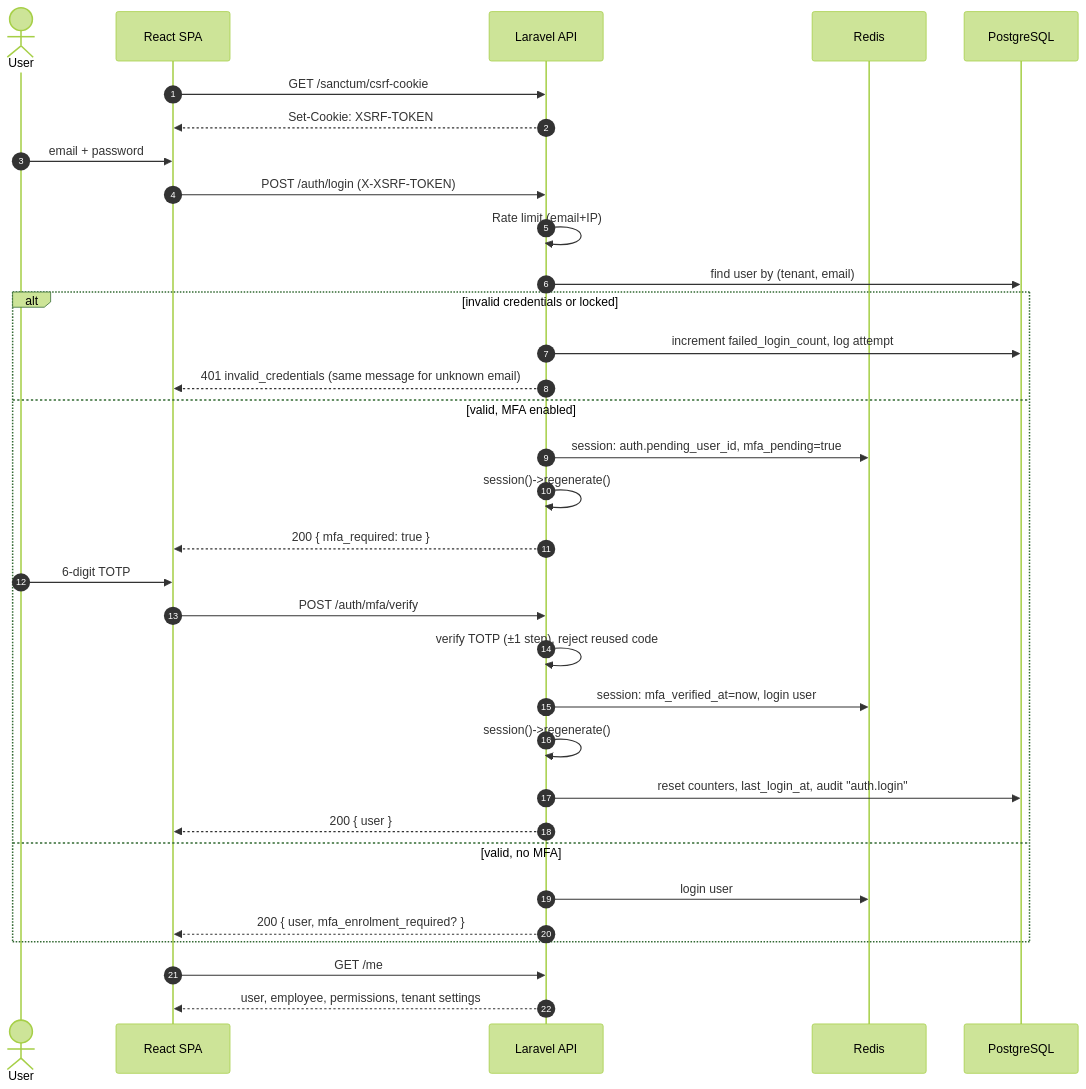
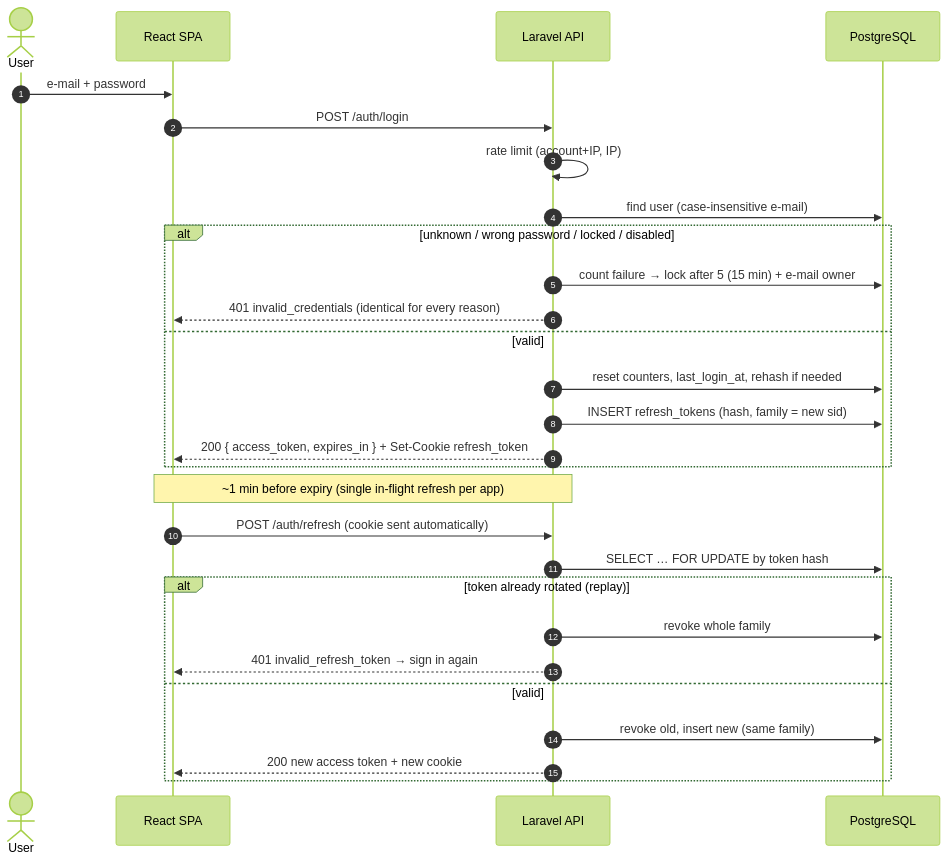
Before and after one commit to gowthaman-thillainathan/worksphere: the diagram in docs/06-authentication.md, drawn with Mermaid (forest theme). The commit also changed other lines of this file and 243 other files, not shown here.

First line of the commit message:
feat(identity): JWT authentication with rotating refresh tokens and RBAC

````diff
--- a/docs/06-authentication.md
+++ b/docs/06-authentication.md
@@ -32,36 +28,32 @@
 ```mermaid
 sequenceDiagram
     autonumber
     actor U as User
     participant SPA as React SPA
     participant API as Laravel API
-    participant R as Redis
     participant DB as PostgreSQL
 
-    SPA->>API: GET /sanctum/csrf-cookie
-    API-->>SPA: Set-Cookie: XSRF-TOKEN
-    U->>SPA: email + password
-    SPA->>API: POST /auth/login (X-XSRF-TOKEN)
-    API->>API: Rate limit (email+IP)
-    API->>DB: find user by (tenant, email)
-    alt invalid credentials or locked
-        API->>DB: increment failed_login_count, log attempt
-        API-->>SPA: 401 invalid_credentials (same message for unknown email)
-    else valid, MFA enabled
-        API->>R: session: auth.pending_user_id, mfa_pending=true
-        API->>API: session()->regenerate()
-        API-->>SPA: 200 { mfa_required: true }
-        U->>SPA: 6-digit TOTP
-        SPA->>API: POST /auth/mfa/verify
-        API->>API: verify TOTP (±1 step), reject reused code
-        API->>R: session: mfa_verified_at=now, login user
-        API->>API: session()->regenerate()
-        API->>DB: reset counters, last_login_at, audit "auth.login"
-        API-->>SPA: 200 { user }
-    else valid, no MFA
-        API->>R: login user
-        API-->>SPA: 200 { user, mfa_enrolment_required? }
+    U->>SPA: e-mail + password
+    SPA->>API: POST /auth/login
+    API->>API: rate limit (account+IP, IP)
+    API->>DB: find user (case-insensitive e-mail)
+    alt unknown / wrong password / locked / disabled
+        API->>DB: count failure → lock after 5 (15 min) + e-mail owner
+        API-->>SPA: 401 invalid_credentials (identical for every reason)
+    else valid
+        API->>DB: reset counters, last_login_at, rehash if needed
+        API->>DB: INSERT refresh_tokens (hash, family = new sid)
+        API-->>SPA: 200 { access_token, expires_in } + Set-Cookie refresh_token
     end
-    SPA->>API: GET /me
-    API-->>SPA: user, employee, permissions, tenant settings
+
+    Note over SPA,API: ~1 min before expiry (single in-flight refresh per app)
+    SPA->>API: POST /auth/refresh (cookie sent automatically)
+    API->>DB: SELECT … FOR UPDATE by token hash
+    alt token already rotated (replay)
+        API->>DB: revoke whole family
+        API-->>SPA: 401 invalid_refresh_token → sign in again
+    else valid
+        API->>DB: revoke old, insert new (same family)
+        API-->>SPA: 200 new access token + new cookie
+    end
 ```
````
